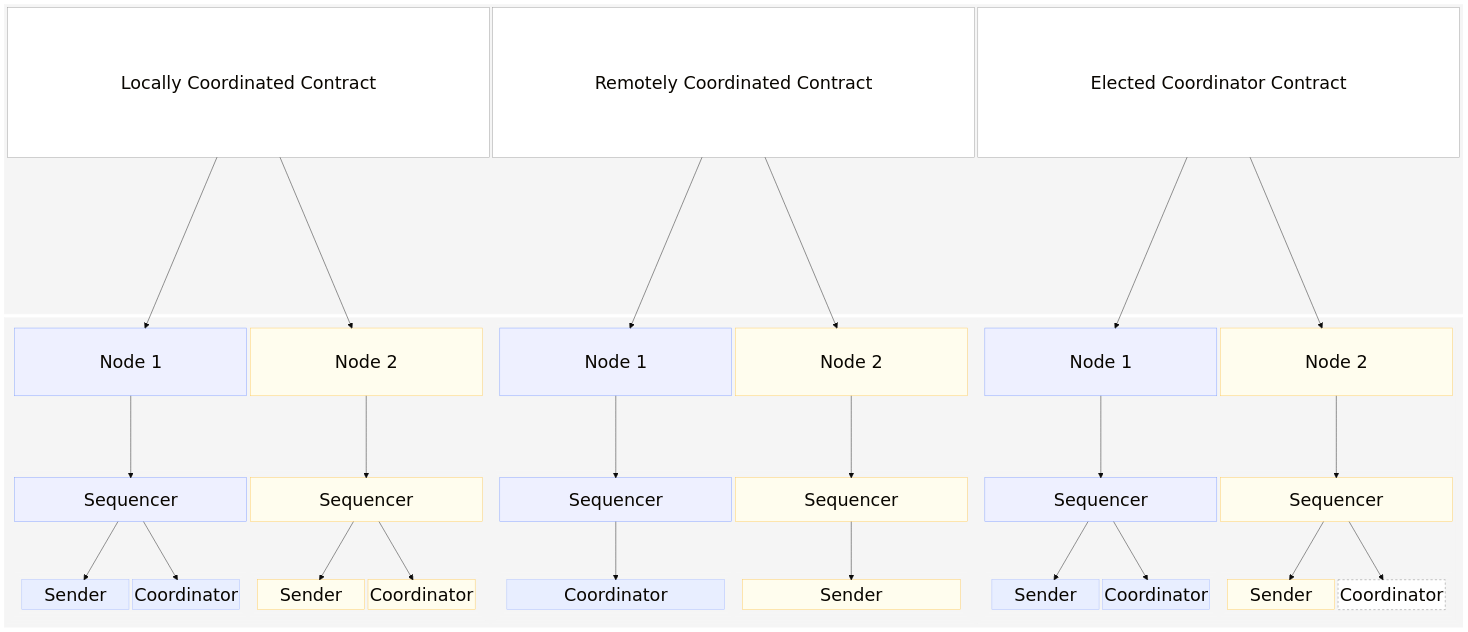
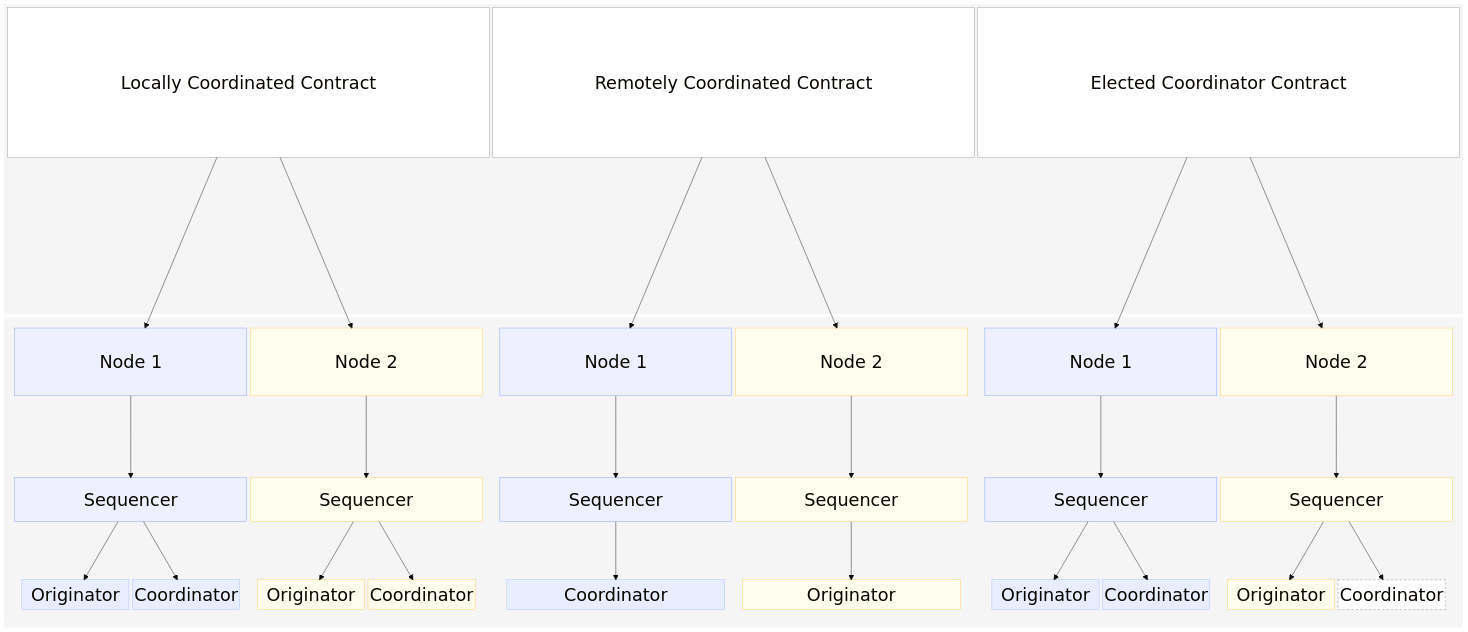
The second of 3 diagrams in doc-site/docs/architecture/distributed_sequencer_protocol.md (LF-Decentralized-Trust-labs/paladin), drawn with Mermaid before and after one commit. The commit also changed other lines of this file and 64 other files, not shown here.

Commit message:
Substantial refactor to move away from 'Sender' terminology to 'Originator'

```diff
--- a/doc-site/docs/architecture/distributed_sequencer_protocol.md
+++ b/doc-site/docs/architecture/distributed_sequencer_protocol.md
@@ -98,13 +98,13 @@
             space
             block:seq1componentlist
               block:seq1components
-                c1node1sender["Sender"]
+                c1node1originator["Originator"]
                 c1node1coordinator["Coordinator"]
               end
             end
             block:seq2componentlist
               block:seq2components
-                c1node2sender["Sender"]
+                c1node2originator["Originator"]
                 c1node2coordinator["Coordinator"]
               end
             end
@@ -132,7 +132,7 @@
             end
             block:seq4componentlist
               block:seq4components
-                c2node2sender["Sender"]
+                c2node2originator["Originator"]
               end
             end
           end
@@ -154,13 +154,13 @@
             space
             block:seq5componentlist
               block:seq5components
-                c3node1sender["Sender"]
+                c3node1originator["Originator"]
                 c3node1coordinator["Coordinator"]
               end
             end
             block:seq6componentlist
               block:seq6components
-                c3node2sender["Sender"]
+                c3node2originator["Originator"]
                 c3node2coordinator["Coordinator"]
               end
             end
@@ -179,15 +179,15 @@
   c2node2 --> c2node2sequencer
   c3node1 --> c3node1sequencer
   c3node2 --> c3node2sequencer
-  c1node1sequencer --> c1node1sender
-  c1node2sequencer --> c1node2sender
+  c1node1sequencer --> c1node1originator
+  c1node2sequencer --> c1node2originator
   c1node1sequencer --> c1node1coordinator
   c1node2sequencer --> c1node2coordinator
   c2node1sequencer --> c2node1coordinator
-  c2node2sequencer --> c2node2sender
-  c3node1sequencer --> c3node1sender
+  c2node2sequencer --> c2node2originator
+  c3node1sequencer --> c3node1originator
   c3node1sequencer --> c3node1coordinator
-  c3node2sequencer --> c3node2sender
+  c3node2sequencer --> c3node2originator
   c3node2sequencer --> c3node2coordinator
   style domainContract1 fill:#ffffff,stroke:#999999
   style domainContract2 fill:#ffffff,stroke:#999999
@@ -209,11 +209,11 @@
   style c2node1coordinator fill:#e8eeff,stroke:#a7bcff
   style c3node1coordinator fill:#e8eeff,stroke:#a7bcff
   style c3node2coordinator fill:#ffffff,stroke:#777777,stroke-dasharray: 5 5
-  style c1node1sender fill:#e8eeff,stroke:#a7bcff
-  style c1node2sender fill:#fffdee,stroke:#ffca58
-  style c2node2sender fill:#fffdee,stroke:#ffca58
-  style c3node1sender fill:#e8eeff,stroke:#a7bcff
-  style c3node2sender fill:#fffdee,stroke:#ffca58
+  style c1node1originator fill:#e8eeff,stroke:#a7bcff
+  style c1node2originator fill:#fffdee,stroke:#ffca58
+  style c2node2originator fill:#fffdee,stroke:#ffca58
+  style c3node1originator fill:#e8eeff,stroke:#a7bcff
+  style c3node2originator fill:#fffdee,stroke:#ffca58
   style seq1components fill:#f5f5f5,stroke:#f5f5f5
   style seq2components fill:#f5f5f5,stroke:#f5f5f5
   style seq3components fill:#f5f5f5,stroke:#f5f5f5
```
